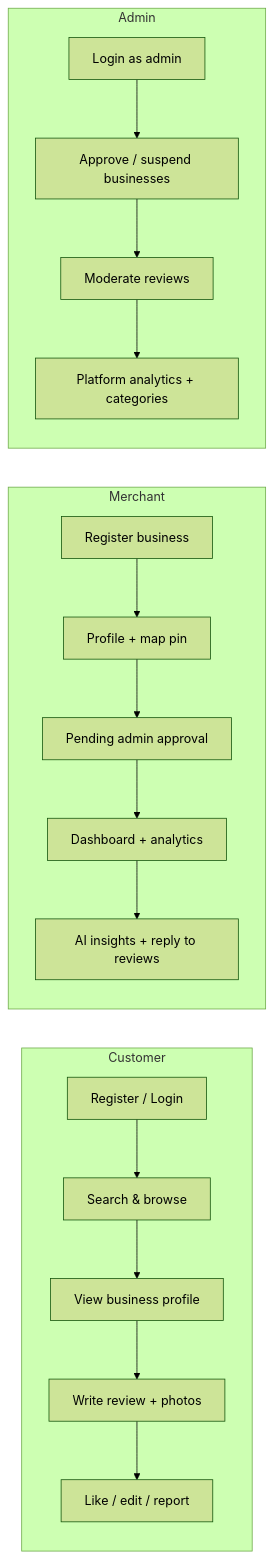
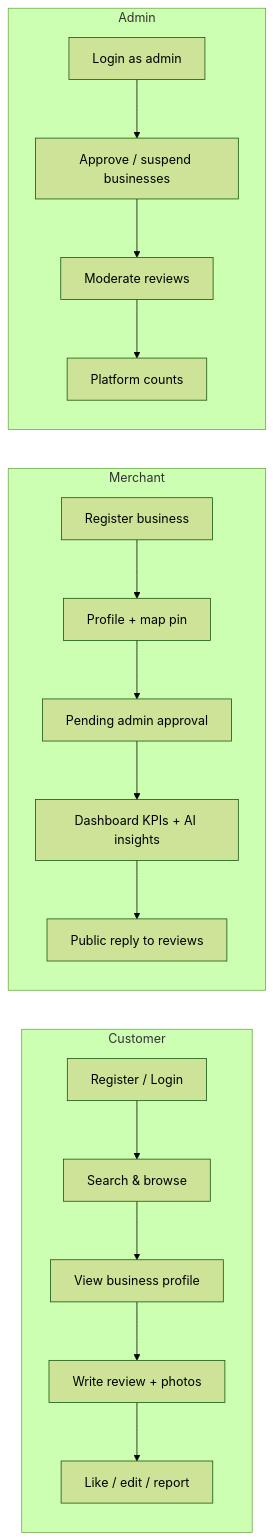
Before and after one commit to krishnaviswa/MEngPlat: the second of 18 diagrams in README.md, drawn with Mermaid (forest theme). The commit also changed other lines of this file and 12 other files, not shown here.

````diff
--- a/README.md
+++ b/README.md
@@ -175,20 +177,20 @@
 ```mermaid
 flowchart LR
     subgraph Customer
         CR[Register / Login] --> CS[Search & browse]
         CS --> CB[View business profile]
         CB --> CV[Write review + photos]
         CV --> CL[Like / edit / report]
     end
     subgraph Merchant
         MR[Register business] --> MP[Profile + map pin]
         MP --> MA[Pending admin approval]
-        MA --> MD[Dashboard + analytics]
-        MD --> MI[AI insights + reply to reviews]
+        MA --> MD[Dashboard KPIs + AI insights]
+        MD --> MI[Public reply to reviews]
     end
     subgraph Admin
         AR[Login as admin] --> AA[Approve / suspend businesses]
         AA --> AM[Moderate reviews]
-        AM --> AP[Platform analytics + categories]
+        AM --> AP[Platform counts]
     end
 ```
````
